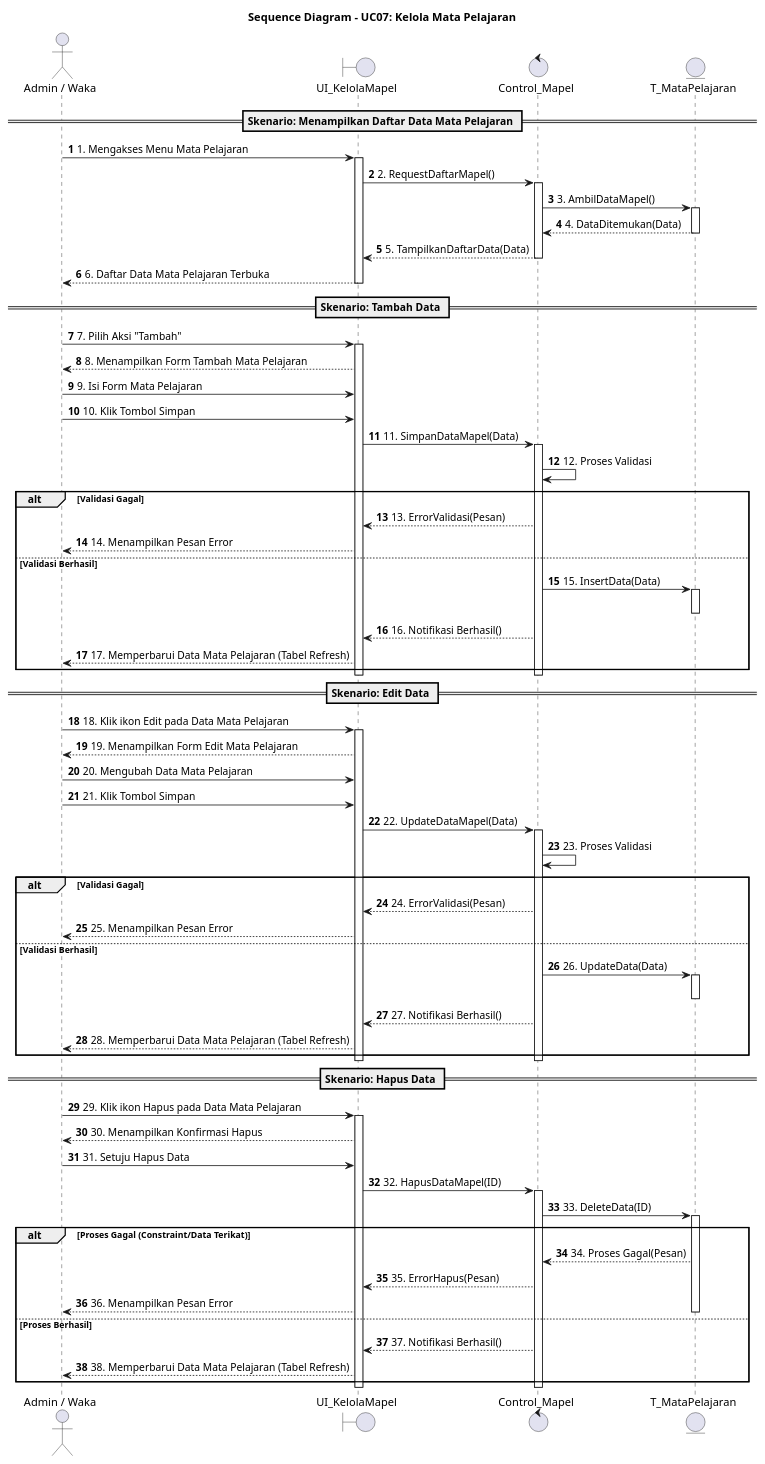
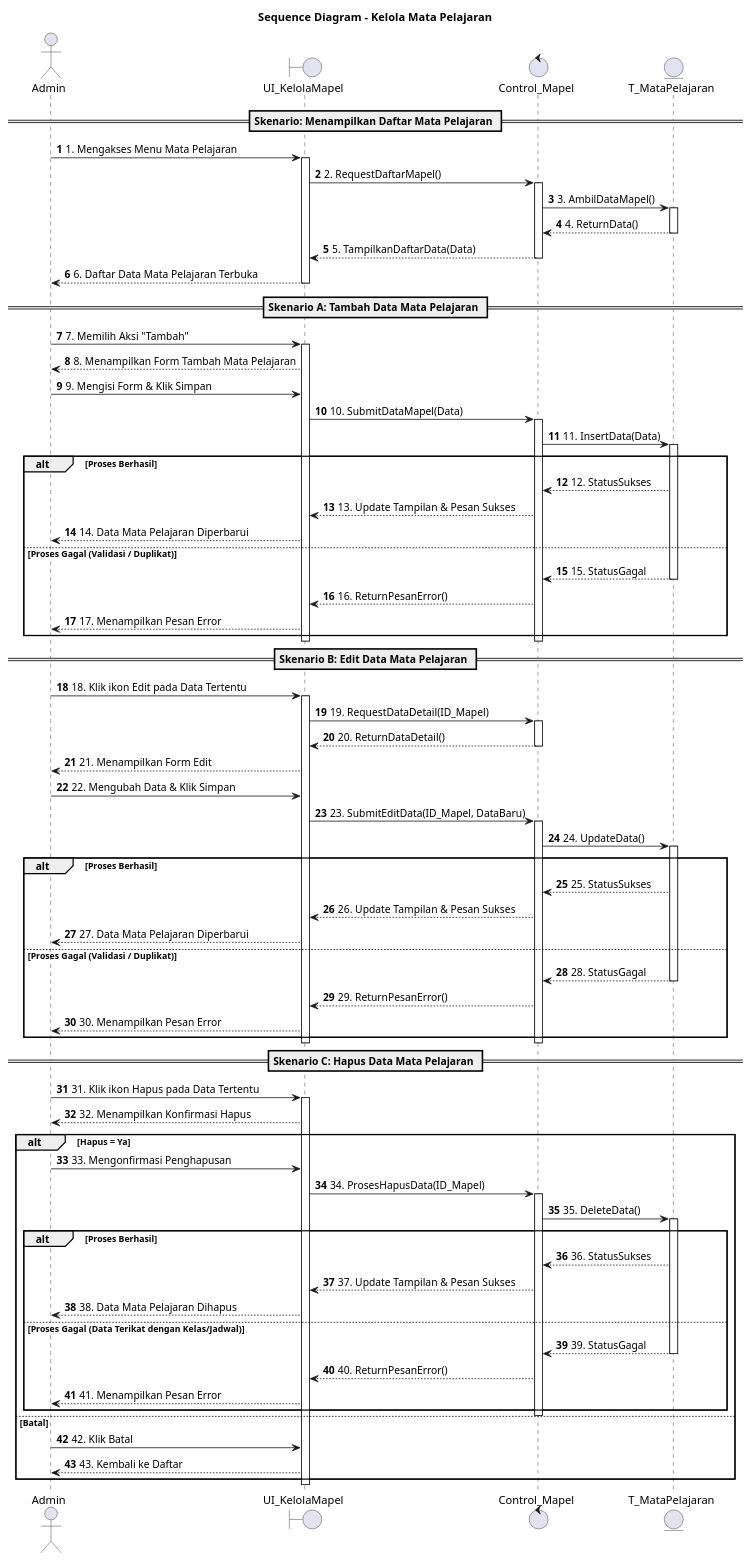
One commit to shendelzare7sw/sipaduhok changed the diagram in docs/flow/sequence-kelola-mata-pelajaran.puml. Above: the diagram before and after it, drawn with PlantUML. The commit also changed 66 other files, not shown here.

```diff
--- a/docs/flow/sequence-kelola-mata-pelajaran.puml
+++ b/docs/flow/sequence-kelola-mata-pelajaran.puml
@@ -1,102 +1,102 @@
 @startuml
-title Sequence Diagram - UC07: Kelola Mata Pelajaran
+title Sequence Diagram - Kelola Mata Pelajaran
 autonumber
 
-actor "Admin / Waka" as Admin
+actor "Admin" as Admin
 boundary "UI_KelolaMapel" as UI
 control "Control_Mapel" as Control
-entity "T_MataPelajaran" as Entity
+entity "T_MataPelajaran" as E_Mapel
 
-== Skenario: Menampilkan Daftar Data Mata Pelajaran ==
-
+== Skenario: Menampilkan Daftar Mata Pelajaran ==
 Admin -> UI : 1. Mengakses Menu Mata Pelajaran
 activate UI
 UI -> Control : 2. RequestDaftarMapel()
 activate Control
-Control -> Entity : 3. AmbilDataMapel()
-activate Entity
-Entity --> Control : 4. DataDitemukan(Data)
-deactivate Entity
+Control -> E_Mapel : 3. AmbilDataMapel()
+activate E_Mapel
+E_Mapel --> Control : 4. ReturnData()
+deactivate E_Mapel
 Control --> UI : 5. TampilkanDaftarData(Data)
 deactivate Control
 UI --> Admin : 6. Daftar Data Mata Pelajaran Terbuka
 deactivate UI
 
-== Skenario: Tambah Data ==
-
-Admin -> UI : 7. Pilih Aksi "Tambah"
+== Skenario A: Tambah Data Mata Pelajaran ==
+Admin -> UI : 7. Memilih Aksi "Tambah"
 activate UI
 UI --> Admin : 8. Menampilkan Form Tambah Mata Pelajaran
+Admin -> UI : 9. Mengisi Form & Klik Simpan
+UI -> Control : 10. SubmitDataMapel(Data)
+activate Control
+Control -> E_Mapel : 11. InsertData(Data)
+activate E_Mapel
 
-Admin -> UI : 9. Isi Form Mata Pelajaran
-Admin -> UI : 10. Klik Tombol Simpan
-UI -> Control : 11. SimpanDataMapel(Data)
-activate Control
-
-Control -> Control : 12. Proses Validasi
-alt Validasi Gagal
-    Control --> UI : 13. ErrorValidasi(Pesan)
-    UI --> Admin : 14. Menampilkan Pesan Error
-else Validasi Berhasil
-    Control -> Entity : 15. InsertData(Data)
-    activate Entity
-    deactivate Entity
-    
-    Control --> UI : 16. Notifikasi Berhasil()
-    UI --> Admin : 17. Memperbarui Data Mata Pelajaran (Tabel Refresh)
+alt Proses Berhasil
+    E_Mapel --> Control : 12. StatusSukses
+    Control --> UI : 13. Update Tampilan & Pesan Sukses
+    UI --> Admin : 14. Data Mata Pelajaran Diperbarui
+else Proses Gagal (Validasi / Duplikat)
+    E_Mapel --> Control : 15. StatusGagal
+    deactivate E_Mapel
+    Control --> UI : 16. ReturnPesanError()
+    UI --> Admin : 17. Menampilkan Pesan Error
 end
 deactivate Control
 deactivate UI
 
-== Skenario: Edit Data ==
+== Skenario B: Edit Data Mata Pelajaran ==
+Admin -> UI : 18. Klik ikon Edit pada Data Tertentu
+activate UI
+UI -> Control : 19. RequestDataDetail(ID_Mapel)
+activate Control
+Control --> UI : 20. ReturnDataDetail()
+deactivate Control
+UI --> Admin : 21. Menampilkan Form Edit
+Admin -> UI : 22. Mengubah Data & Klik Simpan
+UI -> Control : 23. SubmitEditData(ID_Mapel, DataBaru)
+activate Control
+Control -> E_Mapel : 24. UpdateData()
+activate E_Mapel
 
-Admin -> UI : 18. Klik ikon Edit pada Data Mata Pelajaran
-activate UI
-UI --> Admin : 19. Menampilkan Form Edit Mata Pelajaran
-
-Admin -> UI : 20. Mengubah Data Mata Pelajaran
-Admin -> UI : 21. Klik Tombol Simpan
-UI -> Control : 22. UpdateDataMapel(Data)
-activate Control
-
-Control -> Control : 23. Proses Validasi
-alt Validasi Gagal
-    Control --> UI : 24. ErrorValidasi(Pesan)
-    UI --> Admin : 25. Menampilkan Pesan Error
-else Validasi Berhasil
-    Control -> Entity : 26. UpdateData(Data)
-    activate Entity
-    deactivate Entity
-    
-    Control --> UI : 27. Notifikasi Berhasil()
-    UI --> Admin : 28. Memperbarui Data Mata Pelajaran (Tabel Refresh)
+alt Proses Berhasil
+    E_Mapel --> Control : 25. StatusSukses
+    Control --> UI : 26. Update Tampilan & Pesan Sukses
+    UI --> Admin : 27. Data Mata Pelajaran Diperbarui
+else Proses Gagal (Validasi / Duplikat)
+    E_Mapel --> Control : 28. StatusGagal
+    deactivate E_Mapel
+    Control --> UI : 29. ReturnPesanError()
+    UI --> Admin : 30. Menampilkan Pesan Error
 end
 deactivate Control
 deactivate UI
 
-== Skenario: Hapus Data ==
-
-Admin -> UI : 29. Klik ikon Hapus pada Data Mata Pelajaran
+== Skenario C: Hapus Data Mata Pelajaran ==
+Admin -> UI : 31. Klik ikon Hapus pada Data Tertentu
 activate UI
-UI --> Admin : 30. Menampilkan Konfirmasi Hapus
-
-Admin -> UI : 31. Setuju Hapus Data
-UI -> Control : 32. HapusDataMapel(ID)
-activate Control
-
-Control -> Entity : 33. DeleteData(ID)
-activate Entity
-
-alt Proses Gagal (Constraint/Data Terikat)
-    Entity --> Control : 34. Proses Gagal(Pesan)
-    Control --> UI : 35. ErrorHapus(Pesan)
-    UI --> Admin : 36. Menampilkan Pesan Error
-else Proses Berhasil
-    deactivate Entity
-    Control --> UI : 37. Notifikasi Berhasil()
-    UI --> Admin : 38. Memperbarui Data Mata Pelajaran (Tabel Refresh)
+UI --> Admin : 32. Menampilkan Konfirmasi Hapus
+alt Hapus = Ya
+    Admin -> UI : 33. Mengonfirmasi Penghapusan
+    UI -> Control : 34. ProsesHapusData(ID_Mapel)
+    activate Control
+    Control -> E_Mapel : 35. DeleteData()
+    activate E_Mapel
+    
+    alt Proses Berhasil
+        E_Mapel --> Control : 36. StatusSukses
+        Control --> UI : 37. Update Tampilan & Pesan Sukses
+        UI --> Admin : 38. Data Mata Pelajaran Dihapus
+    else Proses Gagal (Data Terikat dengan Kelas/Jadwal)
+        E_Mapel --> Control : 39. StatusGagal
+        deactivate E_Mapel
+        Control --> UI : 40. ReturnPesanError()
+        UI --> Admin : 41. Menampilkan Pesan Error
+    end
+    deactivate Control
+else Batal
+    Admin -> UI : 42. Klik Batal
+    UI --> Admin : 43. Kembali ke Daftar
 end
-deactivate Control
 deactivate UI
 
 @enduml
```
